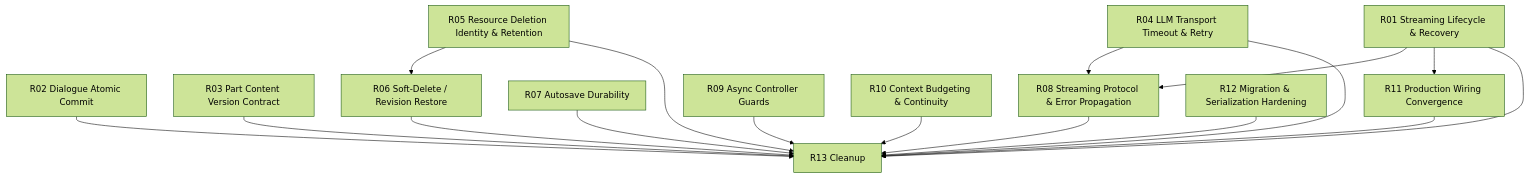
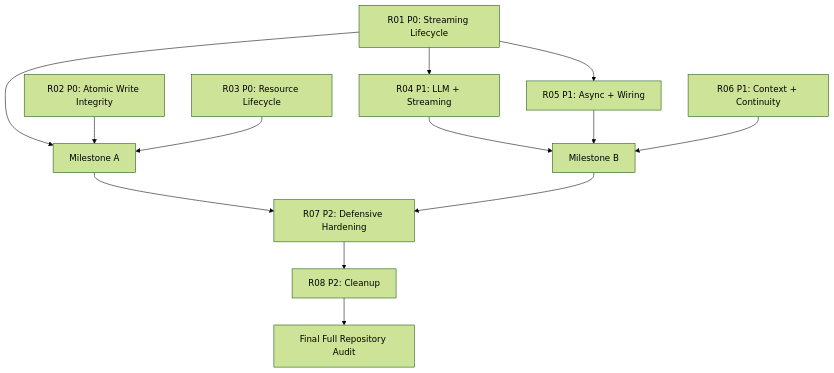
Before and after one commit to yangrunzhi345-blip/LT: the diagram in docs/post-phase12-remediation/remediation-master-plan.md, drawn with Mermaid (forest theme). The commit also changed other lines of this file and 22 other files, not shown here.

````diff
--- a/docs/post-phase12-remediation/remediation-master-plan.md
+++ b/docs/post-phase12-remediation/remediation-master-plan.md
@@ -116,33 +130,27 @@
 ```mermaid
 graph TD
-  R01[R01 Streaming Lifecycle & Recovery]
-  R02[R02 Dialogue Atomic Commit]
-  R03[R03 Part Content Version Contract]
-  R04[R04 LLM Transport Timeout & Retry]
-  R05[R05 Resource Deletion Identity & Retention]
-  R06[R06 Soft-Delete / Revision Restore]
-  R07[R07 Autosave Durability]
-  R08[R08 Streaming Protocol & Error Propagation]
-  R09[R09 Async Controller Guards]
-  R10[R10 Context Budgeting & Continuity]
-  R11[R11 Production Wiring Convergence]
-  R12[R12 Migration & Serialization Hardening]
-  R13[R13 Cleanup]
+  R01[R01 P0: Streaming Lifecycle]
+  R02[R02 P0: Atomic Write Integrity]
+  R03[R03 P0: Resource Lifecycle]
+  MA[Milestone A]
+  R04[R04 P1: LLM + Streaming]
+  R05[R05 P1: Async + Wiring]
+  R06[R06 P1: Context + Continuity]
+  MB[Milestone B]
+  R07[R07 P2: Defensive Hardening]
+  R08[R08 P2: Cleanup]
+  FINAL[Final Full Repository Audit]
 
-  R01 --> R08
-  R04 --> R08
-  R05 --> R06
-  R01 --> R11
-  R01 --> R13
-  R02 --> R13
-  R03 --> R13
-  R04 --> R13
-  R05 --> R13
-  R06 --> R13
-  R07 --> R13
-  R08 --> R13
-  R09 --> R13
-  R10 --> R13
-  R11 --> R13
-  R12 --> R13
+  R01 --> R04
+  R01 --> R05
+  R01 --> MA
+  R02 --> MA
+  R03 --> MA
+  R04 --> MB
+  R05 --> MB
+  R06 --> MB
+  MA --> R07
+  MB --> R07
+  R07 --> R08
+  R08 --> FINAL
 ```
````
